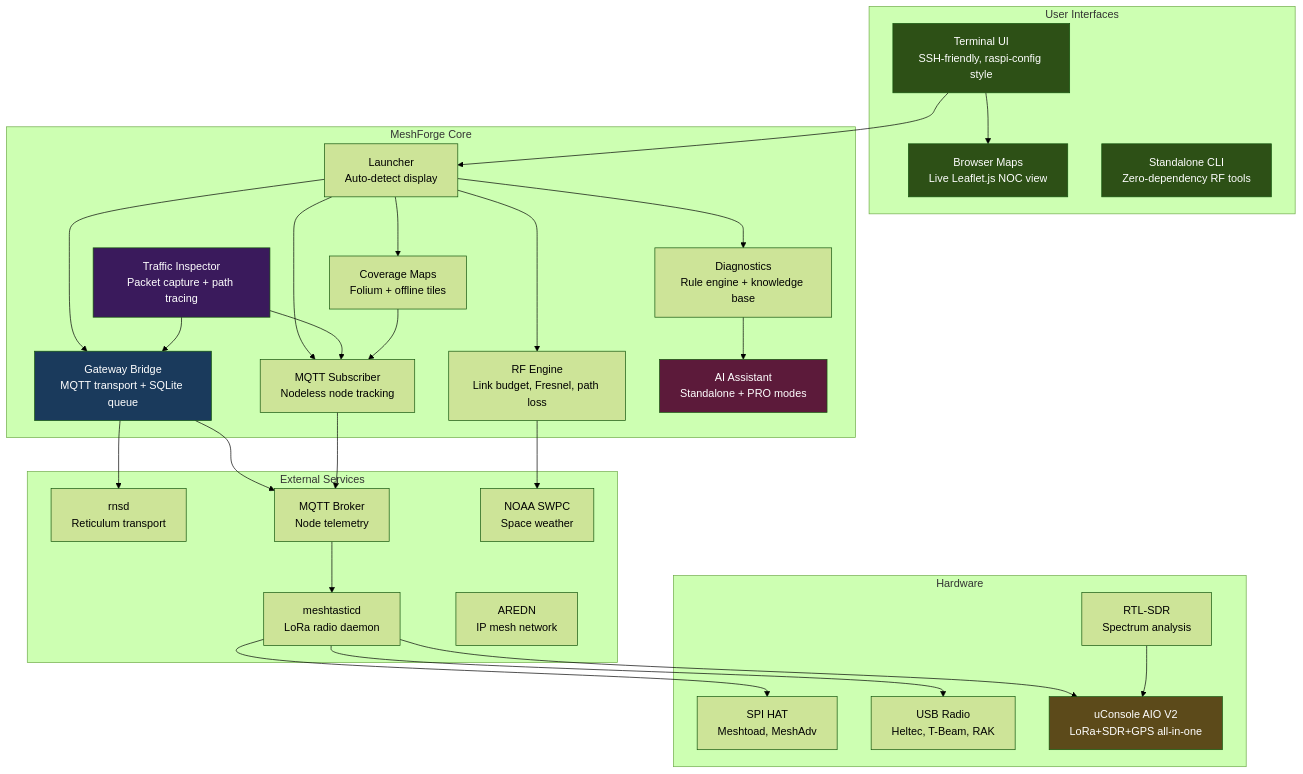
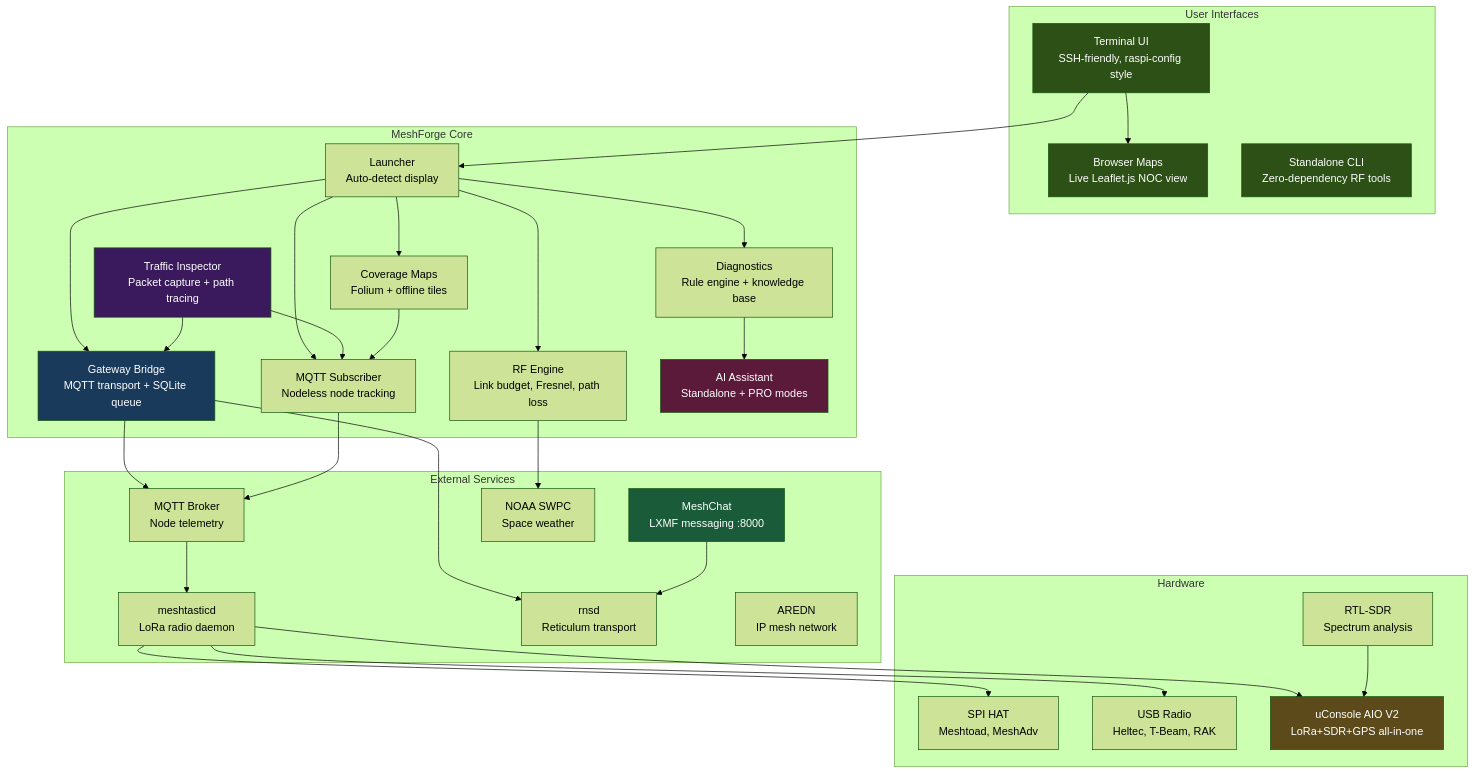
One commit to Nursedude/meshanchor changed the first of 2 diagrams in README.md. Above: the diagram before and after it, drawn with Mermaid (forest theme). The commit also changed other lines of this file and 4 other files, not shown here.

First line of the commit message:
feat: Automated MeshChat install, NomadNet/MeshChat toggle, uninstall

````diff
--- a/README.md
+++ b/README.md
@@ -296,65 +300,68 @@
 ```mermaid
 graph TB
     subgraph User Interfaces
         TUI[Terminal UI<br>SSH-friendly, raspi-config style]
         BROWSER[Browser Maps<br>Live Leaflet.js NOC view]
         CLI[Standalone CLI<br>Zero-dependency RF tools]
     end
 
     subgraph MeshForge Core
         LAUNCHER[Launcher<br>Auto-detect display]
         GATEWAY[Gateway Bridge<br>MQTT transport + SQLite queue]
         MONITOR[MQTT Subscriber<br>Nodeless node tracking]
         TRAFFIC[Traffic Inspector<br>Packet capture + path tracing]
         MAPS[Coverage Maps<br>Folium + offline tiles]
         RF[RF Engine<br>Link budget, Fresnel, path loss]
         DIAG[Diagnostics<br>Rule engine + knowledge base]
         AI[AI Assistant<br>Standalone + PRO modes]
     end
 
     subgraph External Services
         MESHTASTICD[meshtasticd<br>LoRa radio daemon]
         RNSD[rnsd<br>Reticulum transport]
+        MESHCHAT[MeshChat<br>LXMF messaging :8000]
         AREDN_NET[AREDN<br>IP mesh network]
         MQTT[MQTT Broker<br>Node telemetry]
         NOAA[NOAA SWPC<br>Space weather]
     end
 
     subgraph Hardware
         SPI[SPI HAT<br>Meshtoad, MeshAdv]
         USB[USB Radio<br>Heltec, T-Beam, RAK]
         SDR[RTL-SDR<br>Spectrum analysis]
         UCONSOLE[uConsole AIO V2<br>LoRa+SDR+GPS all-in-one]
     end
 
     TUI --> LAUNCHER
     TUI --> BROWSER
     LAUNCHER --> GATEWAY
     LAUNCHER --> MONITOR
     LAUNCHER --> MAPS
     LAUNCHER --> RF
     LAUNCHER --> DIAG
     DIAG --> AI
 
     GATEWAY --> MQTT
     GATEWAY --> RNSD
+    MESHCHAT --> RNSD
     MONITOR --> MQTT
     MQTT --> MESHTASTICD
     TRAFFIC --> GATEWAY
     TRAFFIC --> MONITOR
     MAPS --> MONITOR
     RF --> NOAA
 
     MESHTASTICD --> SPI
     MESHTASTICD --> USB
     MESHTASTICD --> UCONSOLE
     SDR --> UCONSOLE
 
     style TUI fill:#2d5016,color:#fff
     style BROWSER fill:#2d5016,color:#fff
     style CLI fill:#2d5016,color:#fff
     style GATEWAY fill:#1a3a5c,color:#fff
+    style MESHCHAT fill:#1a5c3a,color:#fff
     style TRAFFIC fill:#3a1a5c,color:#fff
     style AI fill:#5c1a3a,color:#fff
     style UCONSOLE fill:#5c4a1a,color:#fff
 ```
````
